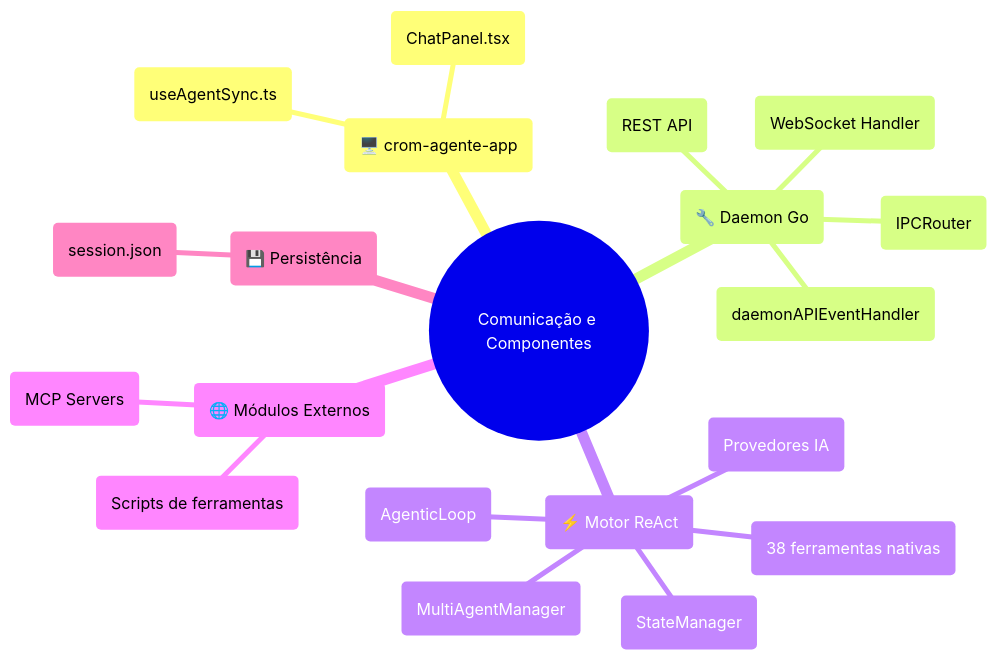
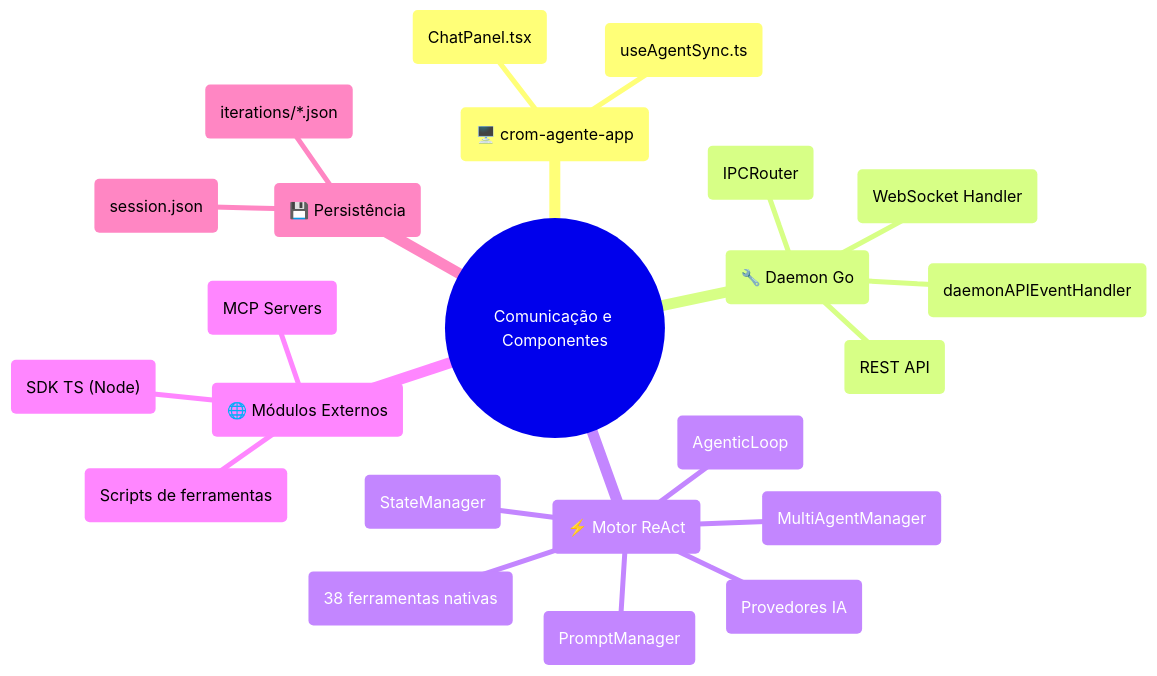
The third of 3 diagrams in docs/architecture_analysis.md (MrJc01/crom-agente), drawn with Mermaid before and after one commit. The commit also changed other lines of this file and 9 other files, not shown here.

Commit message:
refactor: migrate hardcoded system prompts to dynamic config-based PromptManager and integrate iteration logging into state management

````diff
--- a/docs/architecture_analysis.md
+++ b/docs/architecture_analysis.md
@@ -179,23 +130,26 @@
 ```mermaid
 mindmap
   root(("Comunicação e Componentes"))
     Frontend("🖥️ crom-agente-app")
       UI("ChatPanel.tsx")
       SYNC("useAgentSync.ts")
     Daemon("🔧 Daemon Go")
       WS("WebSocket Handler")
       ROUTER("IPCRouter")
       HANDLER("daemonAPIEventHandler")
       API("REST API")
     Motor("⚡ Motor ReAct")
       ORCH("MultiAgentManager")
       LOOP("AgenticLoop")
       TOOLS("38 ferramentas nativas")
       LLM("Provedores IA")
       STATE("StateManager")
+      PROMPTS("PromptManager")
     Externos("🌐 Módulos Externos")
       MCP("MCP Servers")
       SCRIPTS("Scripts de ferramentas")
+      NODE("SDK TS (Node)")
     Disco("💾 Persistência")
       JSON("session.json")
+      ITER("iterations/*.json")
 ```
````
